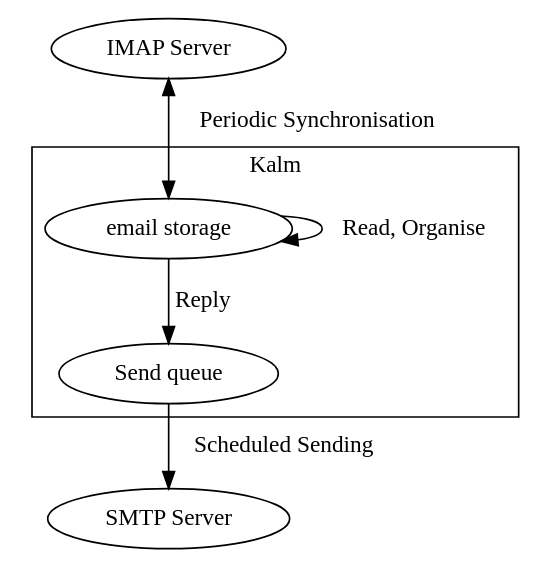
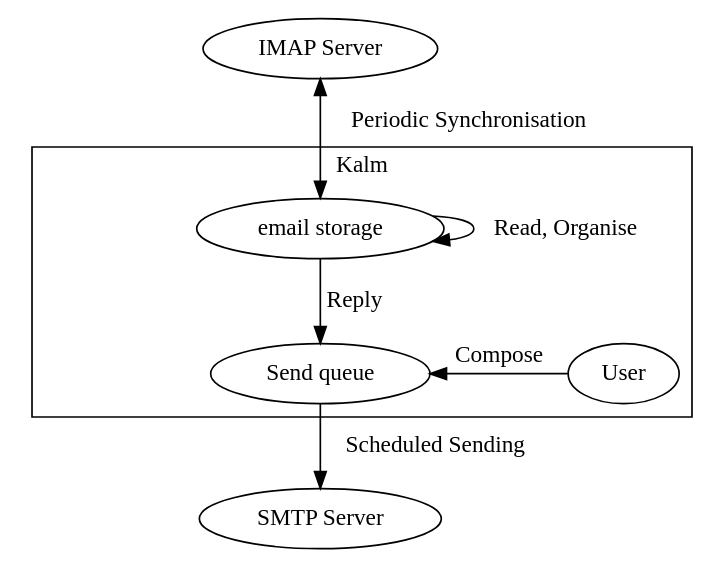
Before and after one commit to NorfairKing/kalm: the diagram in docs/diagram.dot, drawn with Graphviz. The commit also changed 5 other files, not shown here.

```diff
--- a/docs/diagram.dot
+++ b/docs/diagram.dot
@@ -1,20 +1,30 @@
 digraph world {
 
   imap_server [label="IMAP Server"];
 
   subgraph cluster_kalm {
     label = "Kalm";
   
 
     storage [label="email storage"];
     queue [label="Send queue"];
+    user [label="User"];
 
     storage -> storage [label="Read, Organise"];
     storage -> queue [label="Reply"];
+
+    {
+      rank=same;
+      rankdir=LR;
+      rank [style=invis];
+      rank -> queue -> user[style=invis];
+    }
+
+    user -> queue [label="Compose"];
 
   }
   imap_server -> storage  [label="Periodic Synchronisation", dir=both];
   queue -> smtp_server  [label="Scheduled Sending"];
 
   smtp_server [label="SMTP Server"];
 }
```
